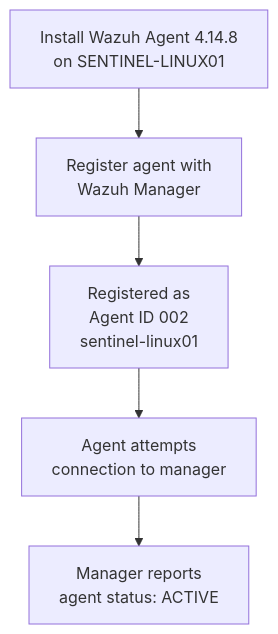
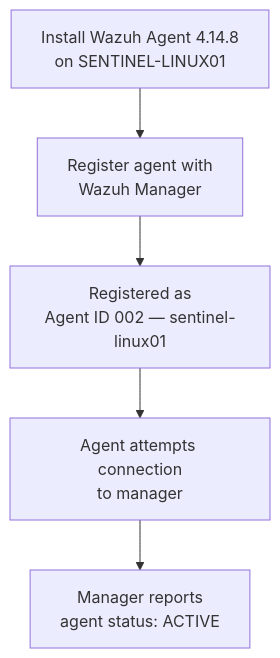
Before and after one commit to andyydz/sentinel-soc-lab: the third of 4 diagrams in evidence/v0.2/infrastructure-and-telemetry-foundation.md, drawn with Mermaid. The commit also changed other lines of this file, not shown here.

````diff
--- a/evidence/v0.2/infrastructure-and-telemetry-foundation.md
+++ b/evidence/v0.2/infrastructure-and-telemetry-foundation.md
@@ -84,7 +81,7 @@
 ```mermaid
 flowchart TD
     A["Install Wazuh Agent 4.14.8<br/>on SENTINEL-LINUX01"] --> B["Register agent with<br/>Wazuh Manager"]
-    B --> C["Registered as<br/>Agent ID 002<br/>sentinel-linux01"]
-    C --> D["Agent attempts<br/>connection to manager"]
+    B --> C["Registered as<br/>Agent ID 002 — sentinel-linux01"]
+    C --> D["Agent attempts connection<br/>to manager"]
     D --> E["Manager reports<br/>agent status: ACTIVE"]
 ```
````
